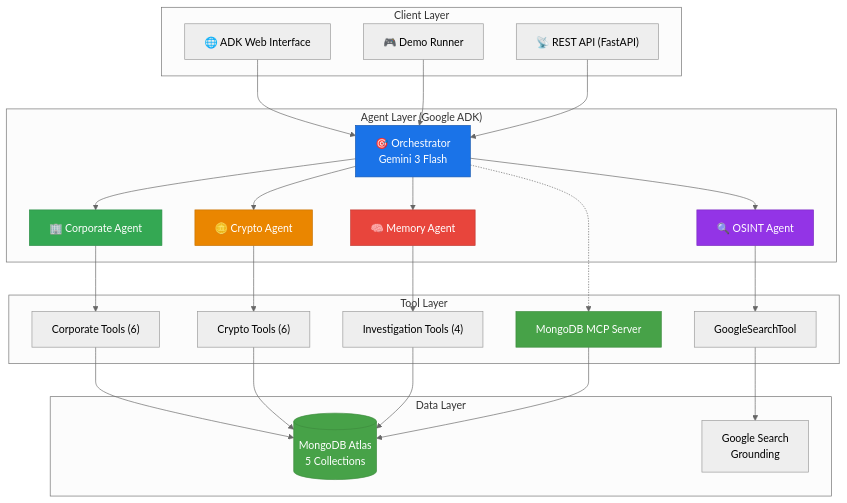
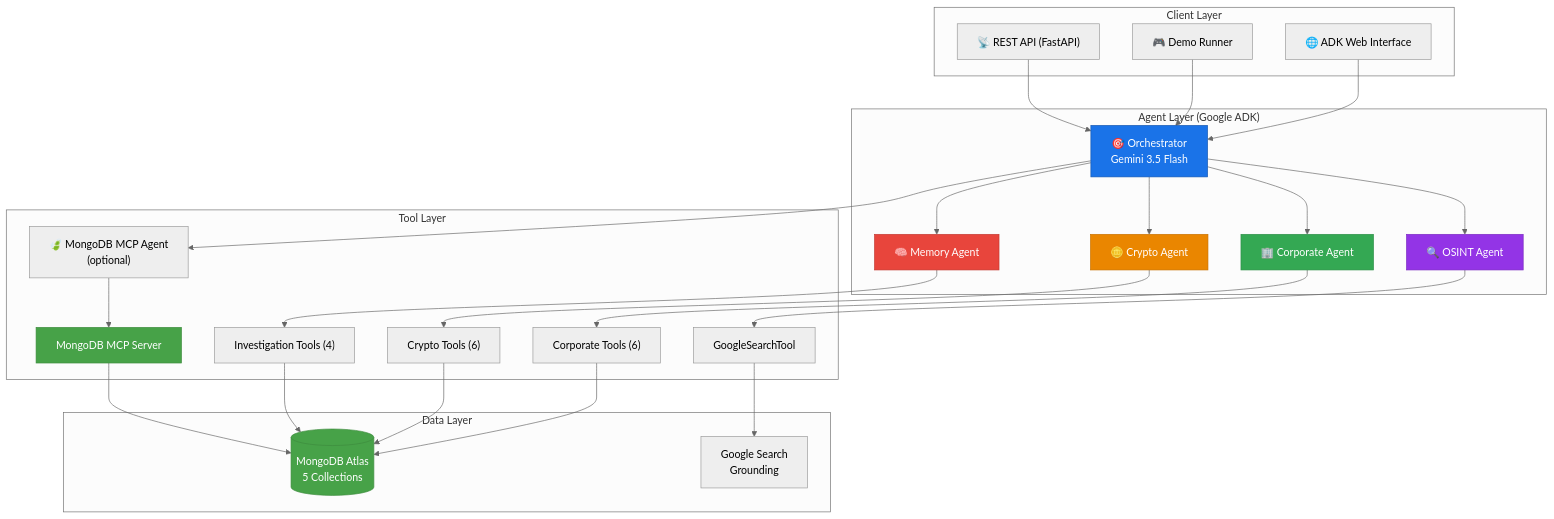
One commit to Vetassikc/vartovii-trust-agent changed the first of 10 diagrams in ARCHITECTURE.md. Above: the diagram before and after it, drawn with Mermaid (neutral theme). The commit also changed other lines of this file and 25 other files, not shown here.

````diff
--- a/ARCHITECTURE.md
+++ b/ARCHITECTURE.md
@@ -28,58 +28,60 @@
 ```mermaid
 graph TB
     subgraph "Client Layer"
         WebUI["🌐 ADK Web Interface"]
         Demo["🎮 Demo Runner"]
         API["📡 REST API (FastAPI)"]
     end
 
     subgraph "Agent Layer (Google ADK)"
-        Orch["🎯 Orchestrator<br/>Gemini 3 Flash"]
+        Orch["🎯 Orchestrator<br/>Gemini 3.5 Flash"]
         Corp["🏢 Corporate Agent"]
         Crypt["🪙 Crypto Agent"]
         OSINT["🔍 OSINT Agent"]
         Mem["🧠 Memory Agent"]
     end
 
     subgraph "Tool Layer"
         CT["Corporate Tools (6)"]
         CRT["Crypto Tools (6)"]
         GST["GoogleSearchTool"]
         IT["Investigation Tools (4)"]
+        MCPAgent["🍃 MongoDB MCP Agent<br/>(optional)"]
         MCP["MongoDB MCP Server"]
     end
 
     subgraph "Data Layer"
         Atlas[("MongoDB Atlas<br/>5 Collections")]
         Google["Google Search<br/>Grounding"]
     end
 
     WebUI --> Orch
     Demo --> Orch
     API --> Orch
 
     Orch --> Corp
     Orch --> Crypt
     Orch --> OSINT
     Orch --> Mem
-    Orch -.-> MCP
+    Orch --> MCPAgent
+    MCPAgent --> MCP
 
     Corp --> CT
     Crypt --> CRT
     OSINT --> GST
     Mem --> IT
 
     CT --> Atlas
     CRT --> Atlas
     IT --> Atlas
     MCP --> Atlas
     GST --> Google
 
     style Orch fill:#1a73e8,stroke:#1557b0,color:#fff
     style Corp fill:#34a853,stroke:#2d8e47,color:#fff
     style Crypt fill:#ea8600,stroke:#c77200,color:#fff
     style OSINT fill:#9334e6,stroke:#7b2bc1,color:#fff
     style Mem fill:#e8453c,stroke:#c23a32,color:#fff
     style Atlas fill:#47A248,stroke:#3d8b3d,color:#fff
     style MCP fill:#47A248,stroke:#3d8b3d,color:#fff
 ```
````
